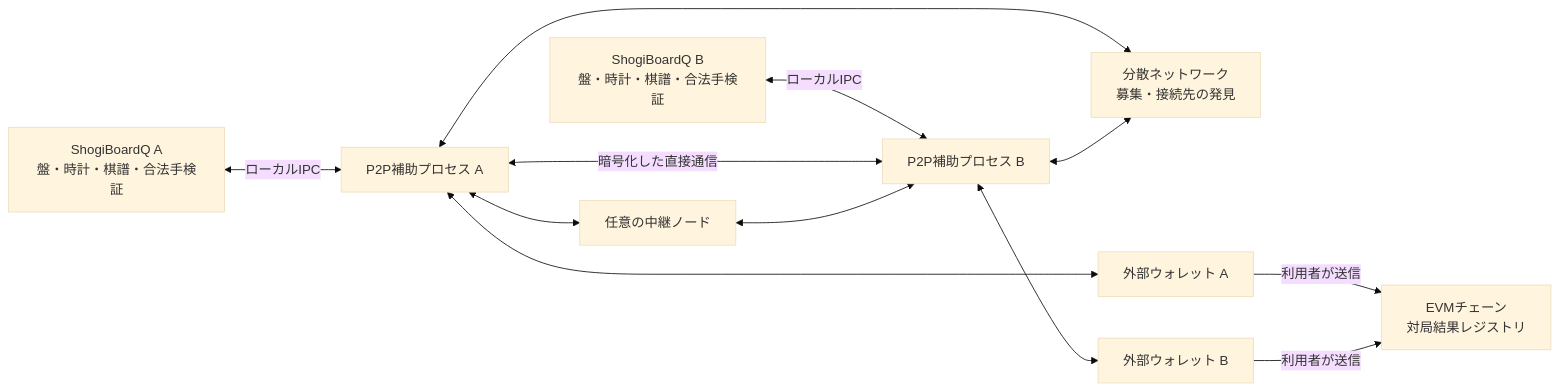
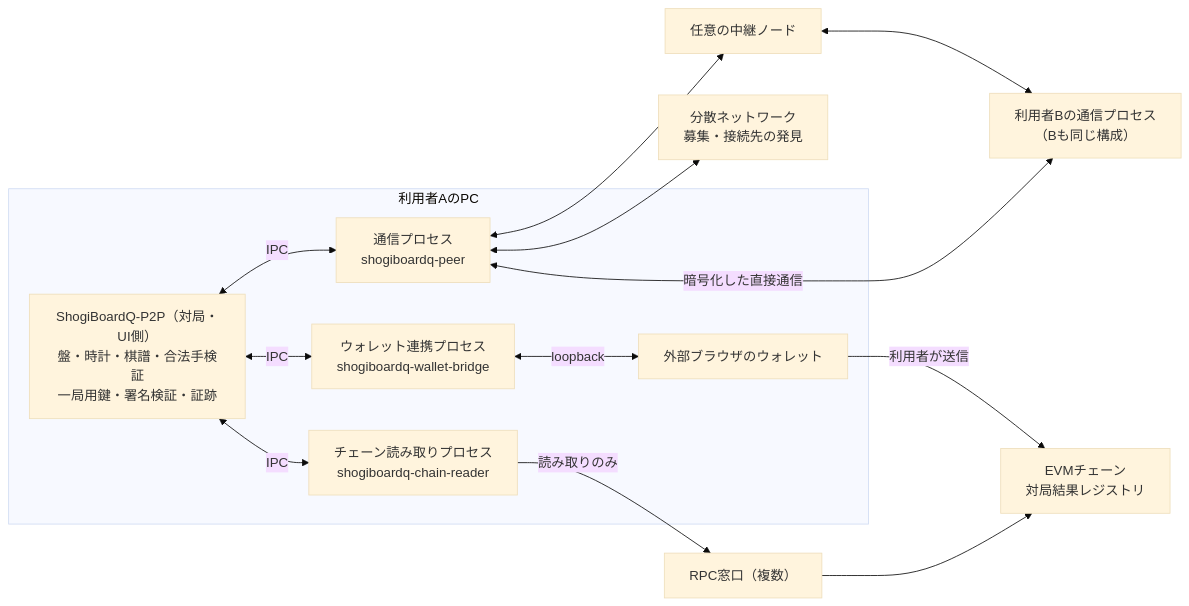
One commit to hnakada123/ShogiBoardQ changed the first of 2 diagrams in docs/dev/p2p-blockchain-game-spec.md. Above: the diagram before and after it, drawn with Mermaid (base theme). The commit also changed other lines of this file and 1 other file, not shown here.

````diff
--- a/docs/dev/p2p-blockchain-game-spec.md
+++ b/docs/dev/p2p-blockchain-game-spec.md
@@ -40,23 +67,26 @@
 ```mermaid
 flowchart LR
-    QA["ShogiBoardQ A<br/>盤・時計・棋譜・合法手検証"]
-    QB["ShogiBoardQ B<br/>盤・時計・棋譜・合法手検証"]
-    PA["P2P補助プロセス A"]
-    PB["P2P補助プロセス B"]
+    subgraph PCA["利用者AのPC"]
+        QA["ShogiBoardQ-P2P（対局・UI側）<br/>盤・時計・棋譜・合法手検証<br/>一局用鍵・署名検証・証跡"]
+        PA["通信プロセス<br/>shogiboardq-peer"]
+        CA["チェーン読み取りプロセス<br/>shogiboardq-chain-reader"]
+        BA["ウォレット連携プロセス<br/>shogiboardq-wallet-bridge"]
+        WA["外部ブラウザのウォレット"]
+        QA <-->|IPC| PA
+        QA <-->|IPC| CA
+        QA <-->|IPC| BA
+        BA <-->|loopback| WA
+    end
+    PB["利用者Bの通信プロセス<br/>（Bも同じ構成）"]
     D["分散ネットワーク<br/>募集・接続先の発見"]
     R["任意の中継ノード"]
-    WA["外部ウォレット A"]
-    WB["外部ウォレット B"]
+    N["RPC窓口（複数）"]
     C["EVMチェーン<br/>対局結果レジストリ"]
-    QA <-->|ローカルIPC| PA
-    QB <-->|ローカルIPC| PB
     PA <-->|暗号化した直接通信| PB
     PA <--> D
-    PB <--> D
     PA <--> R
     R <--> PB
-    PA <--> WA
-    PB <--> WB
+    CA -->|読み取りのみ| N
+    N --> C
     WA -->|利用者が送信| C
-    WB -->|利用者が送信| C
 ```
````
